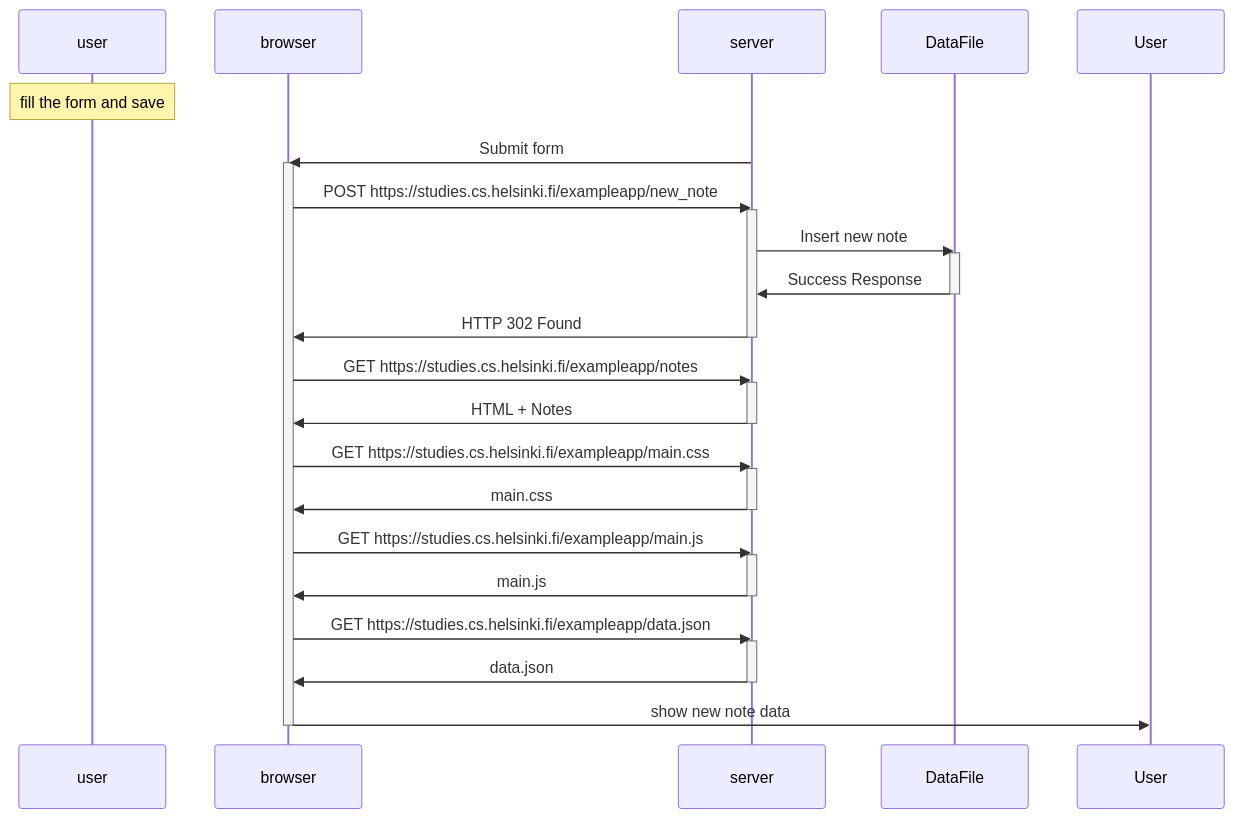
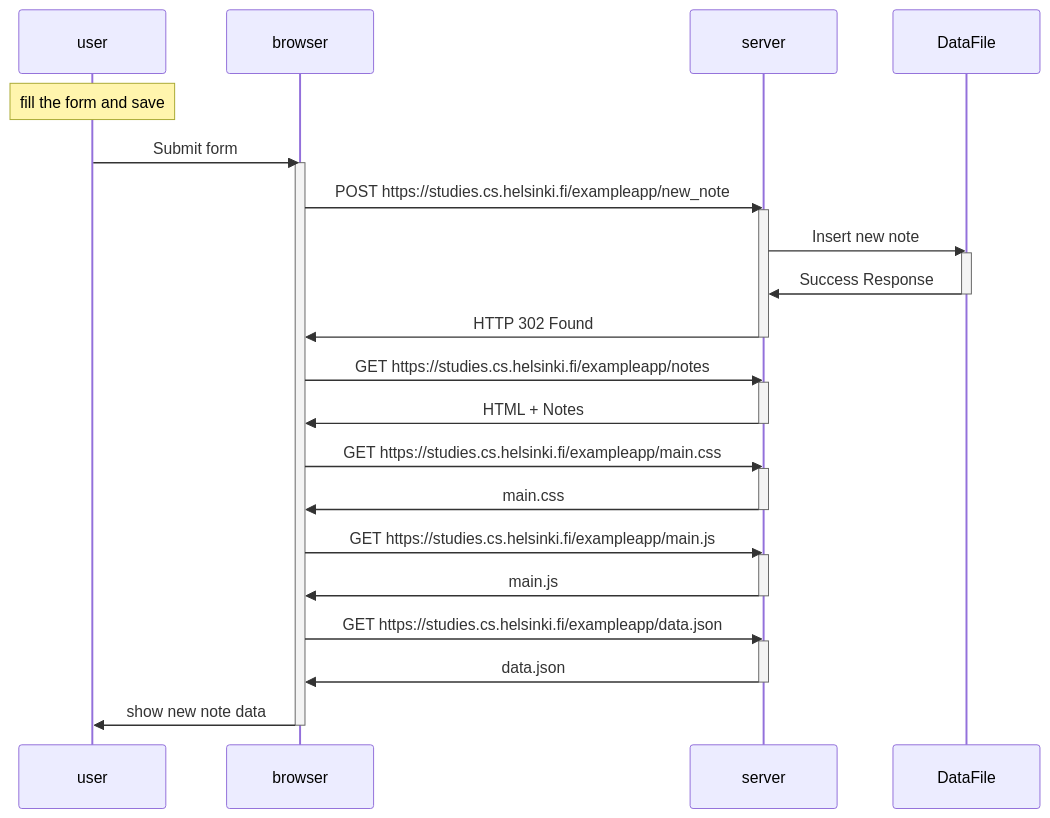
Before and after one commit to fadelaf/fsopenhelsinski: the diagram in part04_NewNoteDiagram.md, drawn with Mermaid.

````diff
--- a/part04_NewNoteDiagram.md
+++ b/part04_NewNoteDiagram.md
@@ -1,44 +1,44 @@
 ```mermaid
 sequenceDiagram
   participant user
   participant browser
   participant server
 
   Note over user: fill the form and save
 
-  server->>browser: Submit form
+  user->>browser: Submit form
   activate browser
 
   browser->>server: POST https://studies.cs.helsinki.fi/exampleapp/new_note
   activate server
   server->>DataFile: Insert new note
   activate DataFile
   DataFile->>server: Success Response
   deactivate DataFile
 
   server->>browser: HTTP 302 Found
   deactivate server
 
   browser->>server: GET https://studies.cs.helsinki.fi/exampleapp/notes
   activate server
   server->>browser: HTML + Notes
   deactivate server
 
   browser->>server: GET https://studies.cs.helsinki.fi/exampleapp/main.css
   activate server
   server->>browser: main.css
   deactivate server
 
   browser->>server: GET https://studies.cs.helsinki.fi/exampleapp/main.js
   activate server
   server->>browser: main.js
   deactivate server
 
   browser->>server: GET https://studies.cs.helsinki.fi/exampleapp/data.json
   activate server
   server->>browser: data.json
   deactivate server
 
-  browser->>User: show new note data
+  browser->>user: show new note data
   deactivate browser
 ```
````
